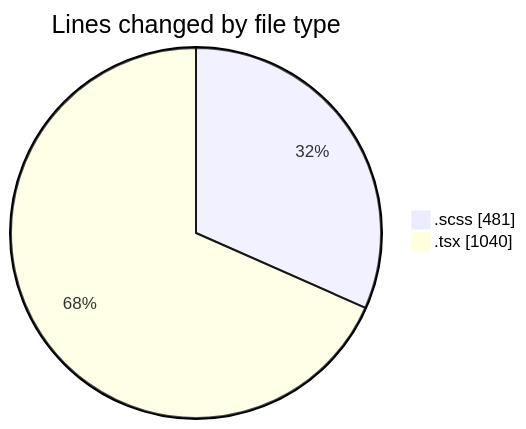
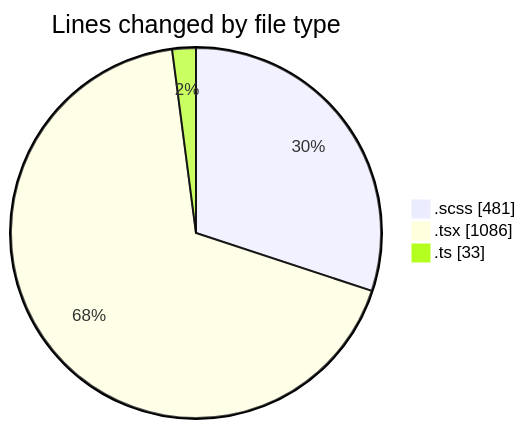
The first of 2 diagrams in 2025-03-28/cda/README.md (momahboobian/code-tracking), drawn with Mermaid before and after one commit. The commit also changed other lines of this file and 1 other file, not shown here.

````diff
--- a/2025-03-28/cda/README.md
+++ b/2025-03-28/cda/README.md
@@ -23,6 +24,7 @@
 ```mermaid
 pie showData
 title Lines changed by file type
 ".scss" : 481
-".tsx" : 1040
+".tsx" : 1086
+".ts" : 33
 ```
````
